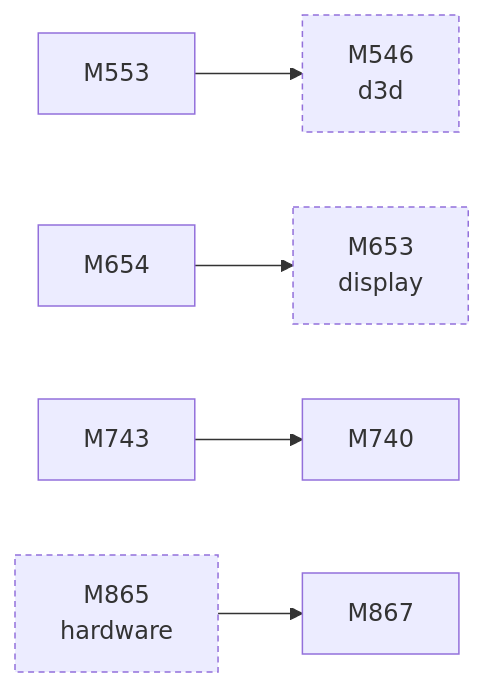
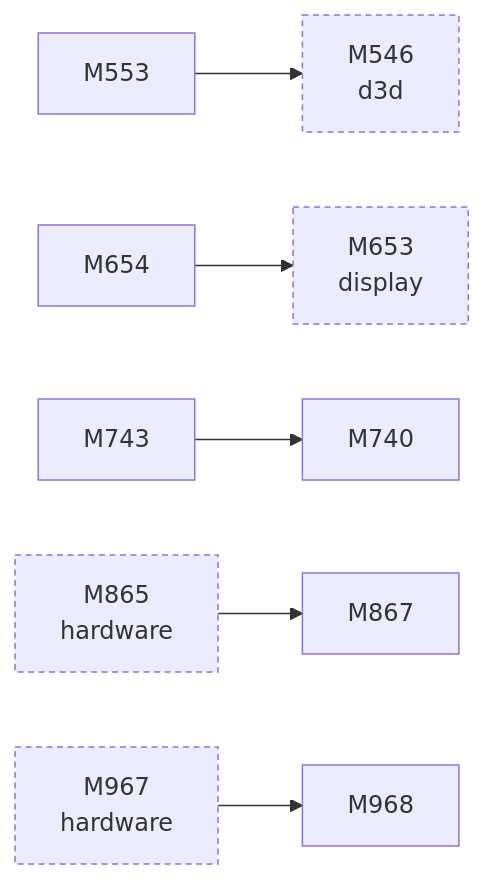
The second of 2 diagrams in docs/facts/graphs/tooling.md (D-Ogi/amdgpu-wddm), drawn with Mermaid before and after one commit. The commit also changed 31 other files, not shown here.

````diff
--- a/docs/facts/graphs/tooling.md
+++ b/docs/facts/graphs/tooling.md
@@ -23,17 +23,20 @@
 ```mermaid
 flowchart LR
   M546["M546<br/>d3d"]
   M553["M553"]
   M653["M653<br/>display"]
   M654["M654"]
   M740["M740"]
   M743["M743"]
   M865["M865<br/>hardware"]
   M867["M867"]
+  M967["M967<br/>hardware"]
+  M968["M968"]
   M865 --> M867
+  M967 --> M968
   M553 --> M546
   M654 --> M653
   M743 --> M740
   classDef other stroke-dasharray:4 3
-  class M546,M653,M865 other
+  class M546,M653,M865,M967 other
 ```
````
